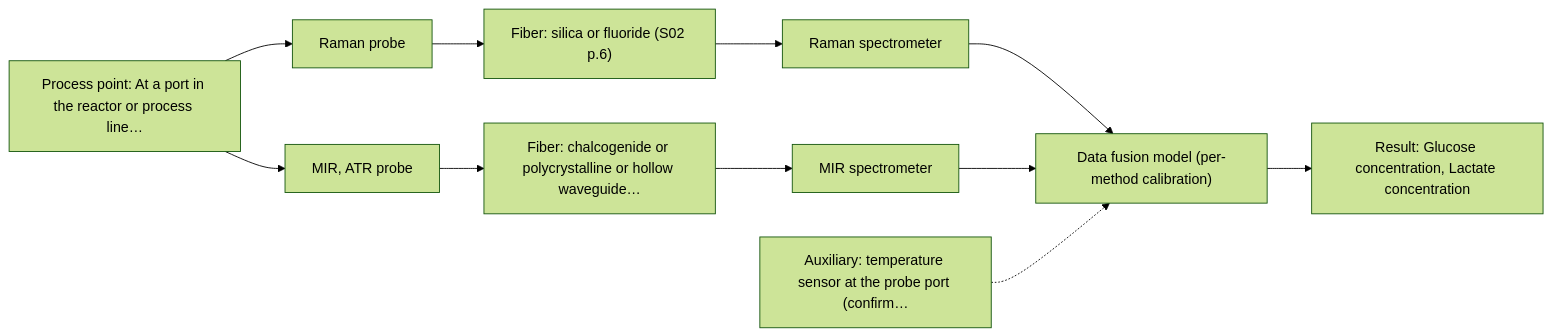
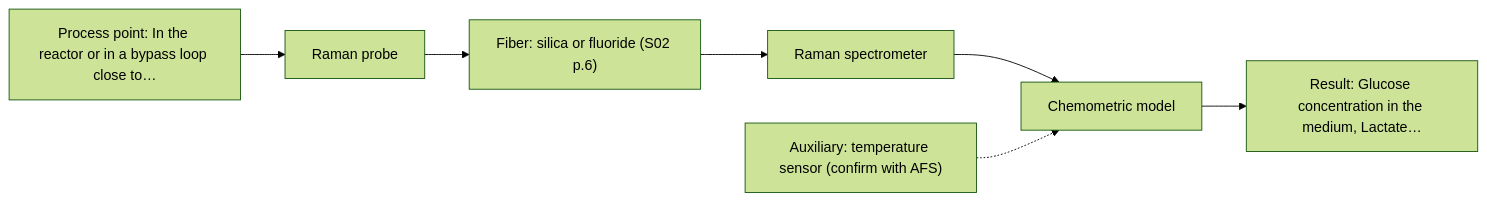
Before and after one commit to sleipnir029/Afs-Spectroscopy-Assistant: the diagram in outputs/dev/D04.md, drawn with Mermaid (forest theme). The commit also changed other lines of this file and 15 other files, not shown here.

Commit message:
3.R4 dev outputs: 8/8 pass, 0 hard failures, 236/236 citations, 14/14 charts, 8/8 cost classes

````diff
--- a/outputs/dev/D04.md
+++ b/outputs/dev/D04.md
@@ -36,23 +35,16 @@
 ```mermaid
 flowchart LR
-    proc["Process point: At a port in the reactor or process line…"]
+    proc["Process point: In the reactor or in a bypass loop close to…"]
     probe1["Raman probe"]
     fiber1["Fiber: silica or fluoride (S02 p.6)"]
     spec1["Raman spectrometer"]
-    probe2["MIR, ATR probe"]
-    fiber2["Fiber: chalcogenide or polycrystalline or hollow waveguide…"]
-    spec2["MIR spectrometer"]
-    model["Data fusion model (per-method calibration)"]
-    result["Result: Glucose concentration, Lactate concentration"]
-    aux1["Auxiliary: temperature sensor at the probe port (confirm…"]
+    model["Chemometric model"]
+    result["Result: Glucose concentration in the medium, Lactate…"]
+    aux1["Auxiliary: temperature sensor (confirm with AFS)"]
     proc --> probe1
     probe1 --> fiber1
     fiber1 --> spec1
     spec1 --> model
-    proc --> probe2
-    probe2 --> fiber2
-    fiber2 --> spec2
-    spec2 --> model
     model --> result
     aux1 -.-> model
 ```
````
